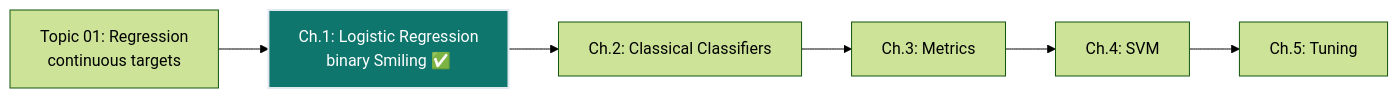
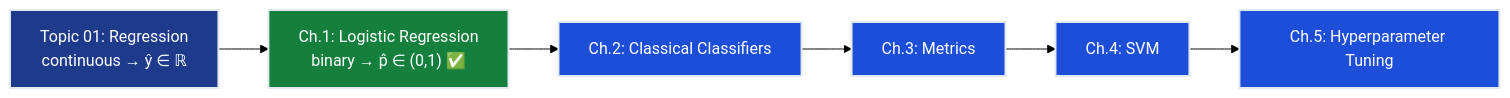
The first of 5 diagrams in notes/01-ml/02_classification/ch01_logistic_regression/README.md (deepakshamsft/ai-portfolio), drawn with Mermaid (forest theme) before and after one commit. The commit also changed other lines of this file and 727 other files, not shown here.

````diff
--- a/notes/01-ml/02_classification/ch01_logistic_regression/README.md
+++ b/notes/01-ml/02_classification/ch01_logistic_regression/README.md
@@ -37,9 +44,14 @@
 ```mermaid
 graph LR
-    A["Topic 01: Regression<br/>continuous targets"] --> B["Ch.1: Logistic Regression<br/>binary Smiling ✅"]
+    A["Topic 01: Regression<br/>continuous → ŷ ∈ ℝ"] --> B["Ch.1: Logistic Regression<br/>binary → p̂ ∈ (0,1) ✅"]
     B --> C["Ch.2: Classical Classifiers"]
     C --> D["Ch.3: Metrics"]
     D --> E["Ch.4: SVM"]
-    E --> F["Ch.5: Tuning"]
-    style B fill:#0f766e,stroke:#e2e8f0,stroke-width:2px,color:#ffffff
+    E --> F["Ch.5: Hyperparameter Tuning"]
+    style A fill:#1e3a8a,stroke:#e2e8f0,stroke-width:2px,color:#ffffff
+    style B fill:#15803d,stroke:#e2e8f0,stroke-width:2px,color:#ffffff
+    style C fill:#1d4ed8,stroke:#e2e8f0,stroke-width:2px,color:#ffffff
+    style D fill:#1d4ed8,stroke:#e2e8f0,stroke-width:2px,color:#ffffff
+    style E fill:#1d4ed8,stroke:#e2e8f0,stroke-width:2px,color:#ffffff
+    style F fill:#1d4ed8,stroke:#e2e8f0,stroke-width:2px,color:#ffffff
 ```
````
